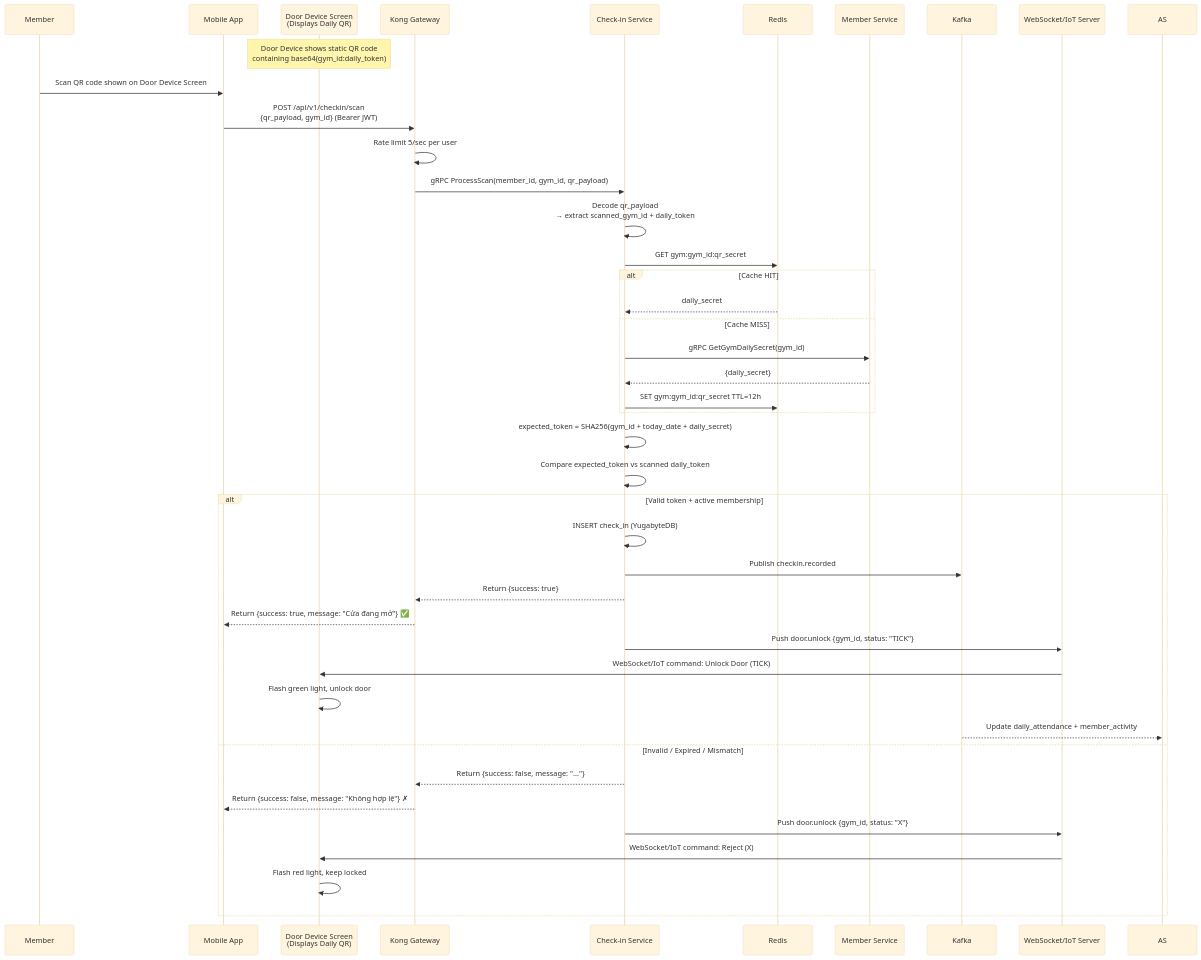
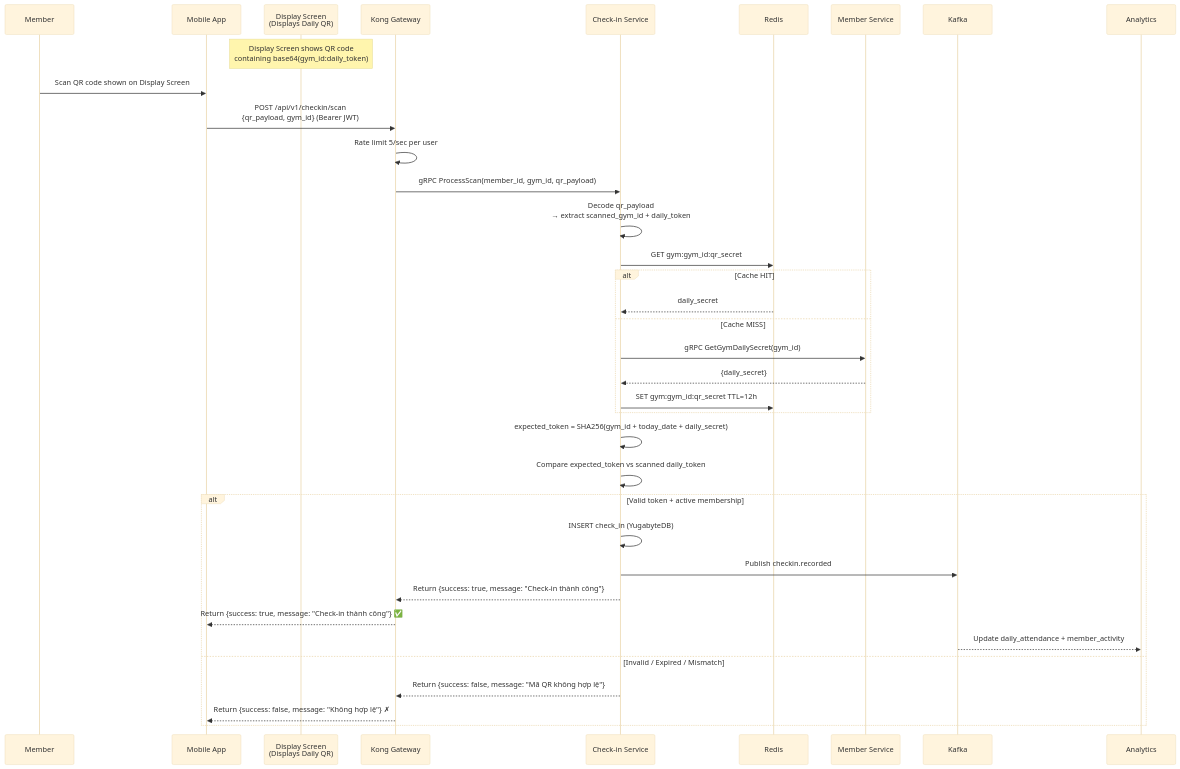
Before and after one commit to pploc/gym-architect: the diagram in services/06-ms-gym-checkin.md, drawn with Mermaid (base theme). The commit also changed other lines of this file and 4 other files, not shown here.

Commit message:
docs: simplify QR check-in flow to display screen without hardware door locks

````diff
--- a/services/06-ms-gym-checkin.md
+++ b/services/06-ms-gym-checkin.md
@@ -37,51 +36,44 @@
 ```mermaid
 sequenceDiagram
     participant M as Member
     participant APP as Mobile App
-    participant D as Door Device Screen<br/>(Displays Daily QR)
+    participant S as Display Screen<br/>(Displays Daily QR)
     participant K as Kong Gateway
     participant CS as Check-in Service
     participant R as Redis
     participant MS as Member Service
     participant KF as Kafka
-    participant WS as WebSocket/IoT Server
+    participant AS as Analytics
 
-    Note over D: Door Device shows static QR code<br/>containing base64(gym_id:daily_token)
-    M->>APP: Scan QR code shown on Door Device Screen
+    Note over S: Display Screen shows QR code<br/>containing base64(gym_id:daily_token)
+    M->>APP: Scan QR code shown on Display Screen
     
     APP->>K: POST /api/v1/checkin/scan<br/>{qr_payload, gym_id} (Bearer JWT)
     K->>K: Rate limit 5/sec per user
     K->>CS: gRPC ProcessScan(member_id, gym_id, qr_payload)
 
     CS->>CS: Decode qr_payload<br/>→ extract scanned_gym_id + daily_token
 
     CS->>R: GET gym:gym_id:qr_secret
     alt Cache HIT
         R-->>CS: daily_secret
     else Cache MISS
         CS->>MS: gRPC GetGymDailySecret(gym_id)
         MS-->>CS: {daily_secret}
         CS->>R: SET gym:gym_id:qr_secret TTL=12h
     end
 
     CS->>CS: expected_token = SHA256(gym_id + today_date + daily_secret)
     CS->>CS: Compare expected_token vs scanned daily_token
 
     alt Valid token + active membership
         CS->>CS: INSERT check_in (YugabyteDB)
         CS->>KF: Publish checkin.recorded
-        CS-->>K: Return {success: true}
-        K-->>APP: Return {success: true, message: "Cửa đang mở"} ✅
-        
-        CS->>WS: Push door.unlock {gym_id, status: "TICK"}
-        WS->>D: WebSocket/IoT command: Unlock Door (TICK)
-        D->>D: Flash green light, unlock door
+        CS-->>K: Return {success: true, message: "Check-in thành công"}
+        K-->>APP: Return {success: true, message: "Check-in thành công"} ✅
         KF-->>AS: Update daily_attendance + member_activity
     else Invalid / Expired / Mismatch
-        CS-->>K: Return {success: false, message: "..."}
+        CS-->>K: Return {success: false, message: "Mã QR không hợp lệ"}
         K-->>APP: Return {success: false, message: "Không hợp lệ"} ✗
-        CS->>WS: Push door.unlock {gym_id, status: "X"}
-        WS->>D: WebSocket/IoT command: Reject (X)
-        D->>D: Flash red light, keep locked
     end
 ```
````
